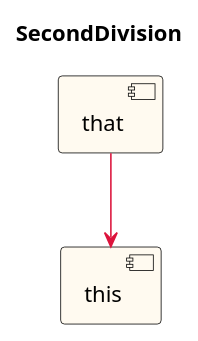
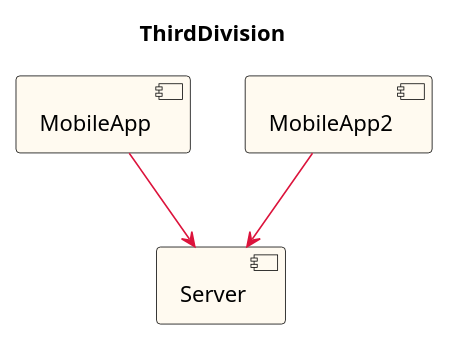
Before and after one commit to anz-bank/sysl-catalog: the diagram in this/integration.puml, drawn with PlantUML. The commit also changed 54 other files, not shown here.

```diff
--- a/this/integration.puml
+++ b/this/integration.puml
@@ -7,13 +7,15 @@
 @startuml
-title SecondDivision
+title ThirdDivision
 hide stereotype
 scale max 16384 height
 skinparam component {
   BackgroundColor FloralWhite
   BorderColor Black
   ArrowColor Crimson
 }
-[that] as _0
-[this] as _1 <<highlight>>
+[MobileApp] as _0
+[Server] as _1 <<highlight>>
 _0 --> _1
+[MobileApp2] as _2
+_2 --> _1
 @enduml
```
